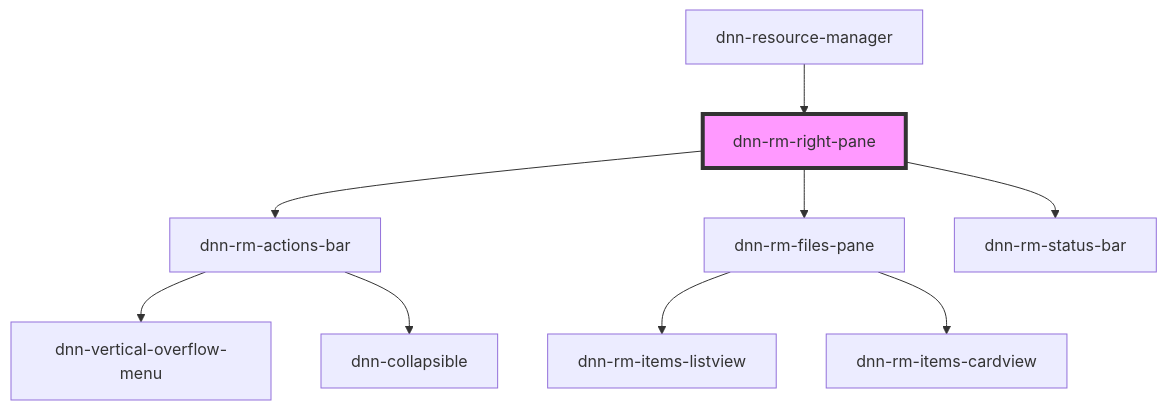
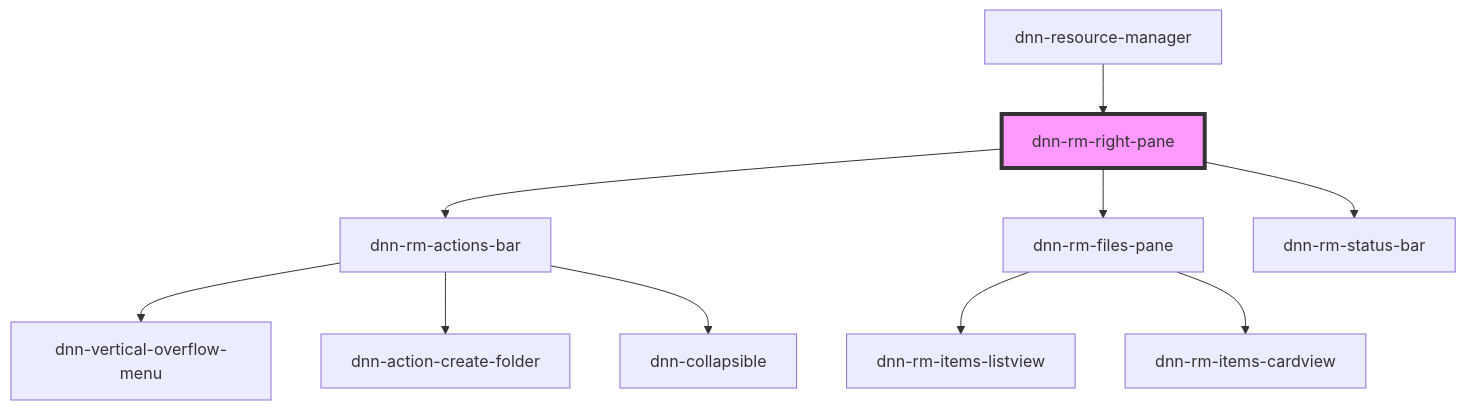
Before and after one commit to dnnsoftware/Dnn.Platform: the diagram in DNN Platform/Modules/ResourceManager/ResourceManager.Web/src/components/dnn-rm-right-pane/readme.md, drawn with Mermaid. The commit also changed 15 other files, not shown here.

Commit message:
Implemented basics of action item with context menu in folder list

````diff
--- a/DNN Platform/Modules/ResourceManager/ResourceManager.Web/src/components/dnn-rm-right-pane/readme.md
+++ b/DNN Platform/Modules/ResourceManager/ResourceManager.Web/src/components/dnn-rm-right-pane/readme.md
@@ -21,12 +21,13 @@
 ```mermaid
 graph TD;
   dnn-rm-right-pane --> dnn-rm-actions-bar
   dnn-rm-right-pane --> dnn-rm-files-pane
   dnn-rm-right-pane --> dnn-rm-status-bar
   dnn-rm-actions-bar --> dnn-vertical-overflow-menu
+  dnn-rm-actions-bar --> dnn-action-create-folder
   dnn-rm-actions-bar --> dnn-collapsible
   dnn-rm-files-pane --> dnn-rm-items-listview
   dnn-rm-files-pane --> dnn-rm-items-cardview
   dnn-resource-manager --> dnn-rm-right-pane
   style dnn-rm-right-pane fill:#f9f,stroke:#333,stroke-width:4px
 ```
````
